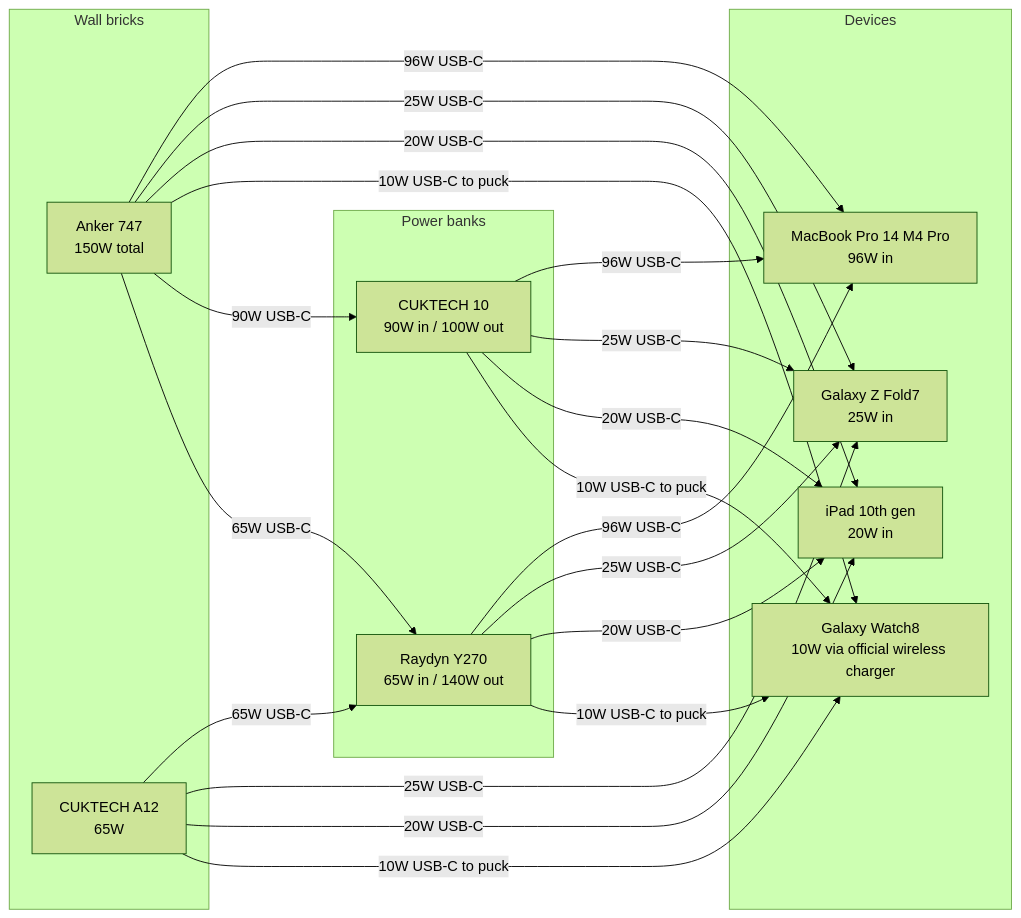
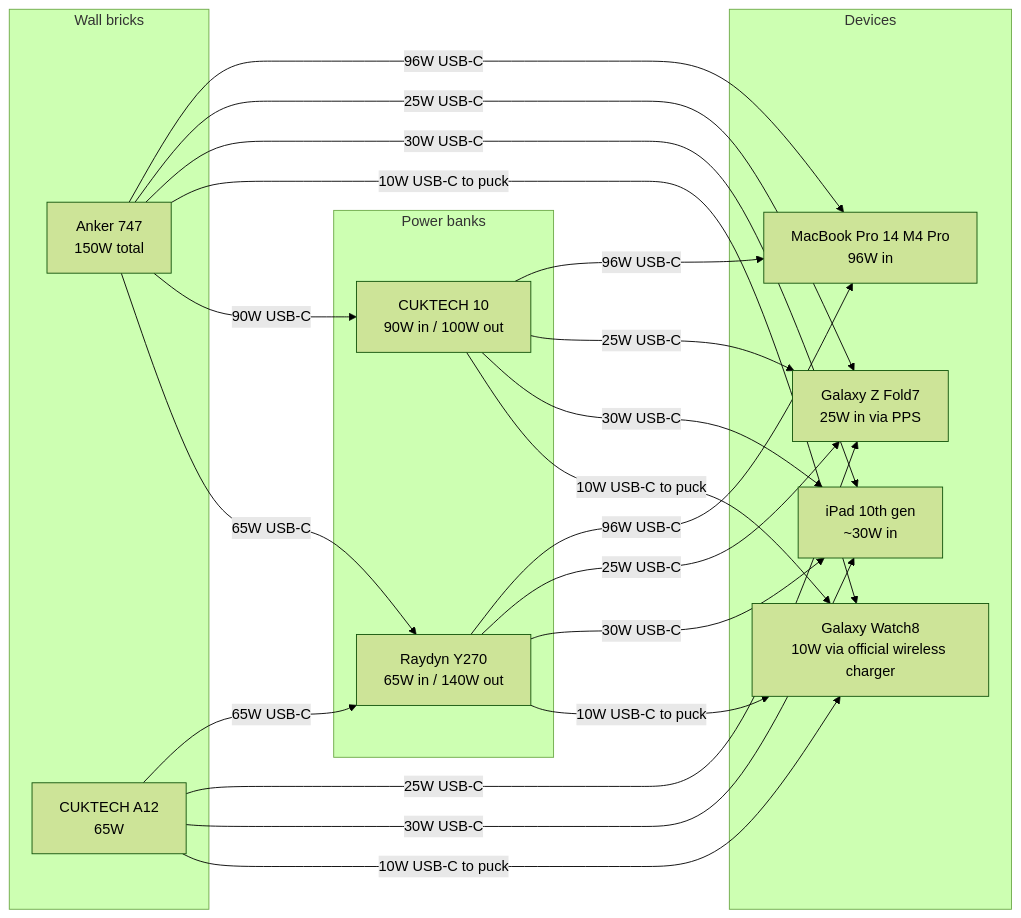
One commit to kaovilai/charge-arsenal changed the first of 2 diagrams in README.md. Above: the diagram before and after it, drawn with Mermaid (forest theme). The commit also changed other lines of this file and 10 other files, not shown here.

````diff
--- a/README.md
+++ b/README.md
@@ -47,41 +56,41 @@
 ```mermaid
 flowchart LR
     subgraph wall[Wall bricks]
         anker[Anker 747<br/>150W total]
         a12[CUKTECH A12<br/>65W]
     end
 
     subgraph banks[Power banks]
         y270[Raydyn Y270<br/>65W in / 140W out]
         cuk10[CUKTECH 10<br/>90W in / 100W out]
     end
 
     subgraph devices[Devices]
         mac[MacBook Pro 14 M4 Pro<br/>96W in]
-        fold[Galaxy Z Fold7<br/>25W in]
-        ipad[iPad 10th gen<br/>20W in]
+        fold[Galaxy Z Fold7<br/>25W in via PPS]
+        ipad[iPad 10th gen<br/>~30W in]
         watch[Galaxy Watch8<br/>10W via official wireless charger]
     end
 
     anker -->|96W USB-C| mac
     anker -->|25W USB-C| fold
-    anker -->|20W USB-C| ipad
+    anker -->|30W USB-C| ipad
     anker -->|10W USB-C to puck| watch
     anker -->|90W USB-C| cuk10
     anker -->|65W USB-C| y270
 
     a12 -->|65W USB-C| y270
     a12 -->|25W USB-C| fold
-    a12 -->|20W USB-C| ipad
+    a12 -->|30W USB-C| ipad
     a12 -->|10W USB-C to puck| watch
 
     y270 -->|96W USB-C| mac
     y270 -->|25W USB-C| fold
-    y270 -->|20W USB-C| ipad
+    y270 -->|30W USB-C| ipad
     y270 -->|10W USB-C to puck| watch
 
     cuk10 -->|96W USB-C| mac
     cuk10 -->|25W USB-C| fold
-    cuk10 -->|20W USB-C| ipad
+    cuk10 -->|30W USB-C| ipad
     cuk10 -->|10W USB-C to puck| watch
 ```
````
